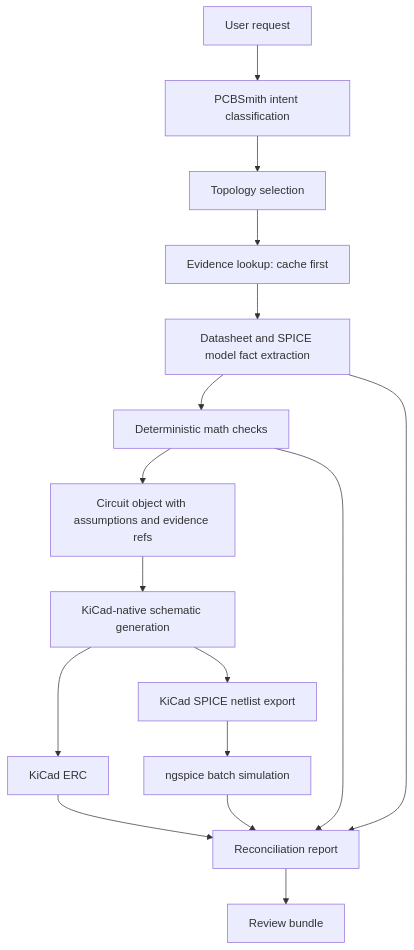
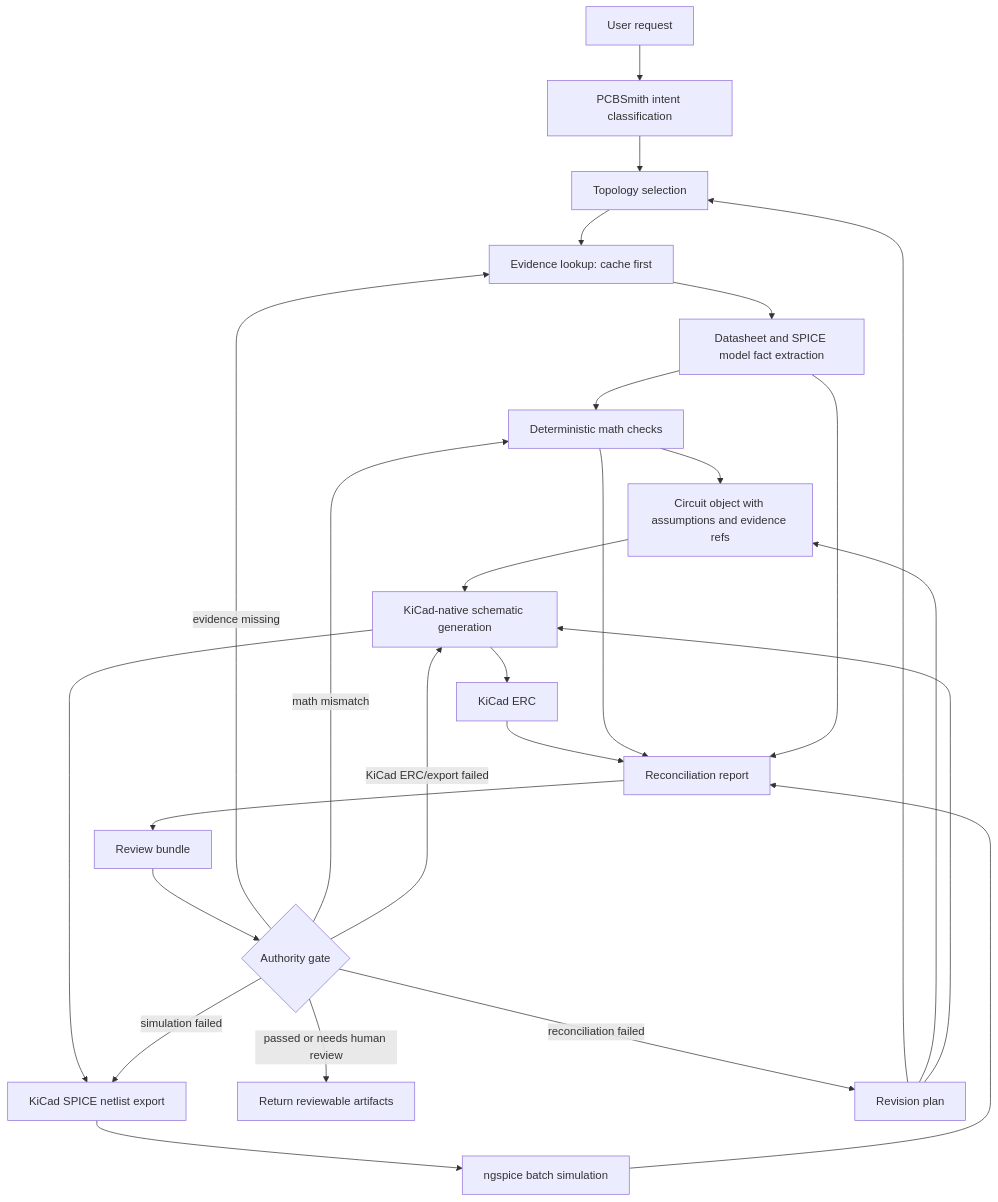
One commit to IgorCulafic/PCBSmith changed the diagram in docs/superpowers/specs/2026-05-19-kicad-ngspice-authority-design.md. Above: the diagram before and after it, drawn with Mermaid. The commit also changed other lines of this file, not shown here.

Commit message:
docs: add authority revision loop

````diff
--- a/docs/superpowers/specs/2026-05-19-kicad-ngspice-authority-design.md
+++ b/docs/superpowers/specs/2026-05-19-kicad-ngspice-authority-design.md
@@ -62,18 +62,28 @@
 ```mermaid
 flowchart TD
   A["User request"] --> B["PCBSmith intent classification"]
   B --> C["Topology selection"]
   C --> D["Evidence lookup: cache first"]
   D --> E["Datasheet and SPICE model fact extraction"]
   E --> F["Deterministic math checks"]
   F --> G["Circuit object with assumptions and evidence refs"]
   G --> H["KiCad-native schematic generation"]
   H --> I["KiCad ERC"]
   H --> J["KiCad SPICE netlist export"]
   J --> K["ngspice batch simulation"]
   I --> L["Reconciliation report"]
   K --> L
   F --> L
   E --> L
   L --> M["Review bundle"]
+  M --> N{"Authority gate"}
+  N -->|"passed or needs human review"| O["Return reviewable artifacts"]
+  N -->|"evidence missing"| D
+  N -->|"math mismatch"| F
+  N -->|"KiCad ERC/export failed"| H
+  N -->|"simulation failed"| J
+  N -->|"reconciliation failed"| P["Revision plan"]
+  P --> C
+  P --> G
+  P --> H
 ```
````
